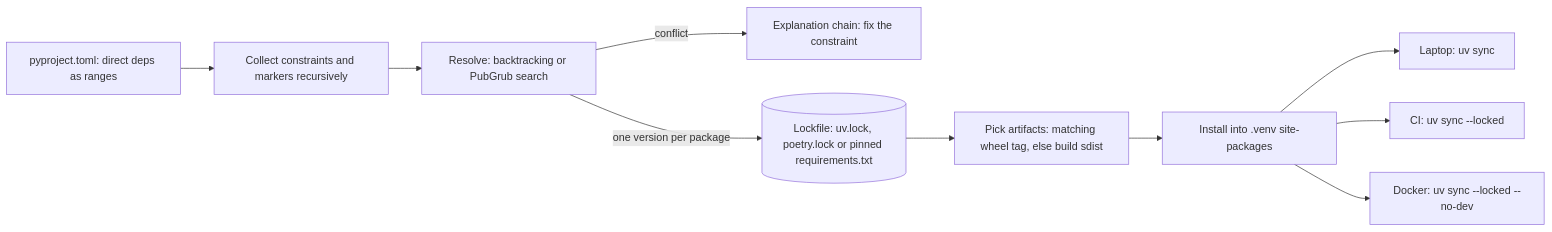
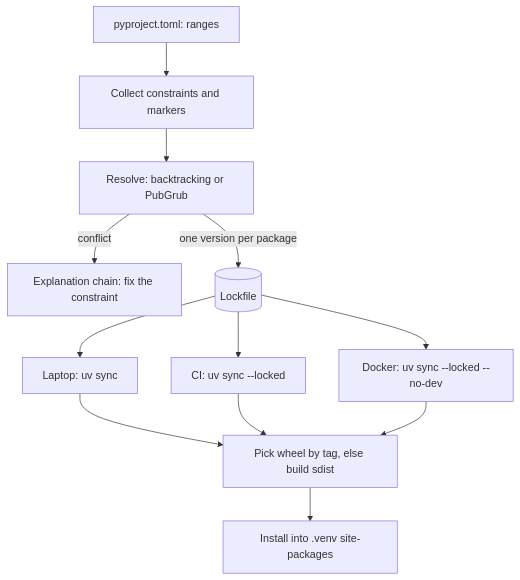
Before and after one commit to lovishmahajan97/agentic-learning: the diagram in content/python-for-ai/uv-poetry-pip.md, drawn with Mermaid. The commit also changed other lines of this file and 81 other files, not shown here.

````diff
--- a/content/python-for-ai/uv-poetry-pip.md
+++ b/content/python-for-ai/uv-poetry-pip.md
@@ -109,12 +111,14 @@
 ```mermaid
-flowchart LR
-    I["pyproject.toml: direct deps as ranges"] --> C["Collect constraints and markers recursively"]
-    C --> RS["Resolve: backtracking or PubGrub search"]
+flowchart TD
+    I["pyproject.toml: ranges"] --> C["Collect constraints and markers"]
+    C --> RS["Resolve: backtracking or PubGrub"]
     RS -->|"conflict"| X["Explanation chain: fix the constraint"]
-    RS -->|"one version per package"| L[("Lockfile: uv.lock, poetry.lock or pinned requirements.txt")]
-    L --> A["Pick artifacts: matching wheel tag, else build sdist"]
+    RS -->|"one version per package"| L[("Lockfile")]
+    L --> D1["Laptop: uv sync"]
+    L --> D2["CI: uv sync --locked"]
+    L --> D3["Docker: uv sync --locked --no-dev"]
+    D1 --> A["Pick wheel by tag, else build sdist"]
+    D2 --> A
+    D3 --> A
     A --> V["Install into .venv site-packages"]
-    V --> D1["Laptop: uv sync"]
-    V --> D2["CI: uv sync --locked"]
-    V --> D3["Docker: uv sync --locked --no-dev"]
 ```
````
